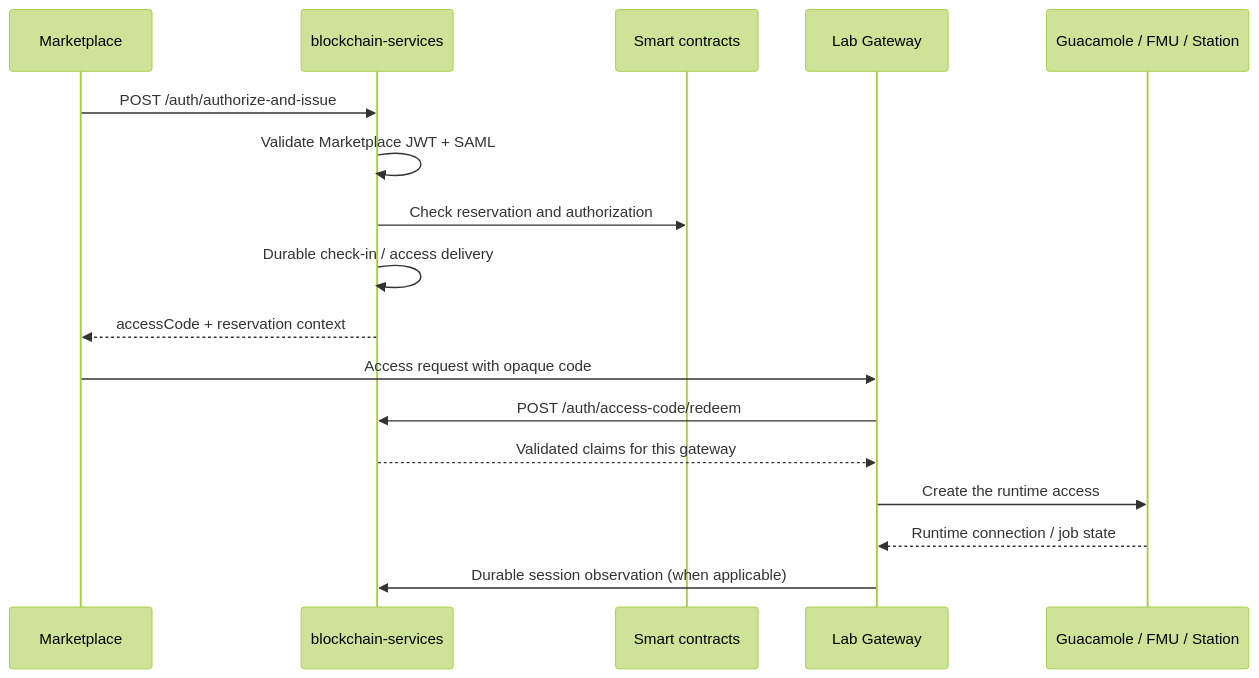
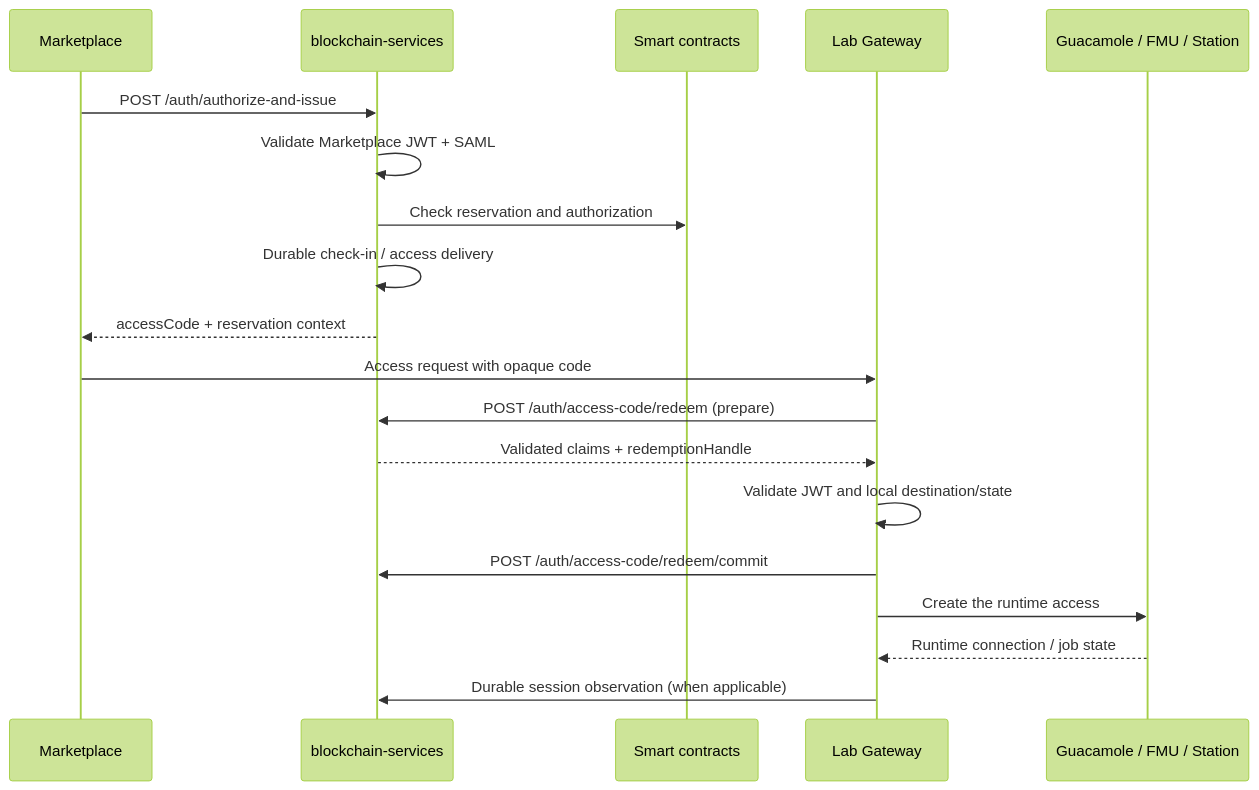
One commit to DecentraLabsCom/Blockchain-Services changed the second of 3 diagrams in docs/architecture/ARCHITECTURE.md. Above: the diagram before and after it, drawn with Mermaid (forest theme). The commit also changed other lines of this file and 28 other files, not shown here.

````diff
--- a/docs/architecture/ARCHITECTURE.md
+++ b/docs/architecture/ARCHITECTURE.md
@@ -70,20 +72,22 @@
 ```mermaid
 sequenceDiagram
     participant M as Marketplace
     participant B as blockchain-services
     participant C as Smart contracts
     participant G as Lab Gateway
     participant R as Guacamole / FMU / Station
 
     M->>B: POST /auth/authorize-and-issue
     B->>B: Validate Marketplace JWT + SAML
     B->>C: Check reservation and authorization
     B->>B: Durable check-in / access delivery
     B-->>M: accessCode + reservation context
     M->>G: Access request with opaque code
-    G->>B: POST /auth/access-code/redeem
-    B-->>G: Validated claims for this gateway
+    G->>B: POST /auth/access-code/redeem (prepare)
+    B-->>G: Validated claims + redemptionHandle
+    G->>G: Validate JWT and local destination/state
+    G->>B: POST /auth/access-code/redeem/commit
     G->>R: Create the runtime access
     R-->>G: Runtime connection / job state
     G->>B: Durable session observation (when applicable)
 ```
````
